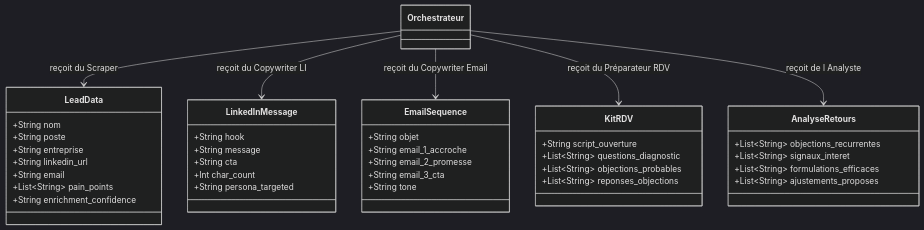
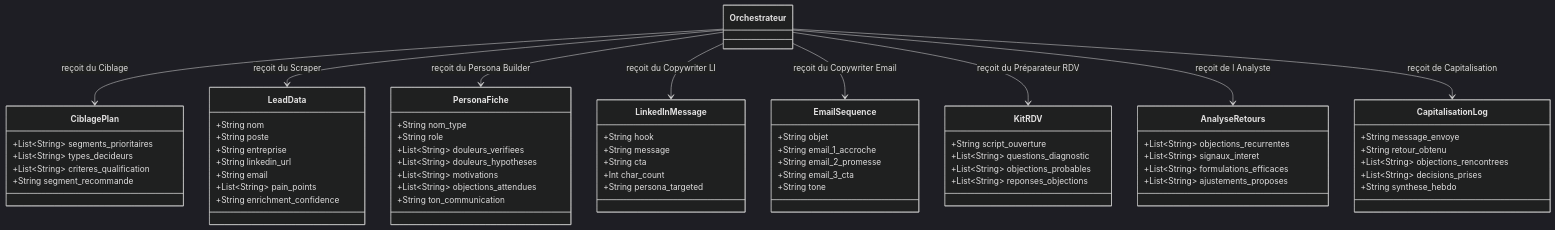
Before and after one commit to Yohann76/hanibal-marketplace-agents: diagram 15 of 24 in Docs/reflexion/graph-prospection.md, drawn with Mermaid (dark theme). The commit also changed other lines of this file, not shown here.

````diff
--- a/Docs/reflexion/graph-prospection.md
+++ b/Docs/reflexion/graph-prospection.md
@@ -487,48 +514,76 @@
 ```mermaid
 classDiagram
     class LeadData {
         +String nom
         +String poste
         +String entreprise
         +String linkedin_url
         +String email
         +List~String~ pain_points
         +String enrichment_confidence
     }
 
     class LinkedInMessage {
         +String hook
         +String message
         +String cta
         +Int char_count
         +String persona_targeted
     }
 
     class EmailSequence {
         +String objet
         +String email_1_accroche
         +String email_2_promesse
         +String email_3_cta
         +String tone
     }
 
     class KitRDV {
         +String script_ouverture
         +List~String~ questions_diagnostic
         +List~String~ objections_probables
         +List~String~ reponses_objections
     }
 
     class AnalyseRetours {
         +List~String~ objections_recurrentes
         +List~String~ signaux_interet
         +List~String~ formulations_efficaces
         +List~String~ ajustements_proposes
     }
 
+    class CiblagePlan {
+        +List~String~ segments_prioritaires
+        +List~String~ types_decideurs
+        +List~String~ criteres_qualification
+        +String segment_recommande
+    }
+
+    class PersonaFiche {
+        +String nom_type
+        +String role
+        +List~String~ douleurs_verifiees
+        +List~String~ douleurs_hypotheses
+        +List~String~ motivations
+        +List~String~ objections_attendues
+        +String ton_communication
+    }
+
+    class CapitalisationLog {
+        +String message_envoye
+        +String retour_obtenu
+        +List~String~ objections_rencontrees
+        +List~String~ decisions_prises
+        +String synthese_hebdo
+    }
+
+    Orchestrateur --> CiblagePlan : reçoit du Ciblage
     Orchestrateur --> LeadData : reçoit du Scraper
+    Orchestrateur --> PersonaFiche : reçoit du Persona Builder
     Orchestrateur --> LinkedInMessage : reçoit du Copywriter LI
     Orchestrateur --> EmailSequence : reçoit du Copywriter Email
     Orchestrateur --> KitRDV : reçoit du Préparateur RDV
     Orchestrateur --> AnalyseRetours : reçoit de l Analyste
+    Orchestrateur --> CapitalisationLog : reçoit de Capitalisation
 ```
````
